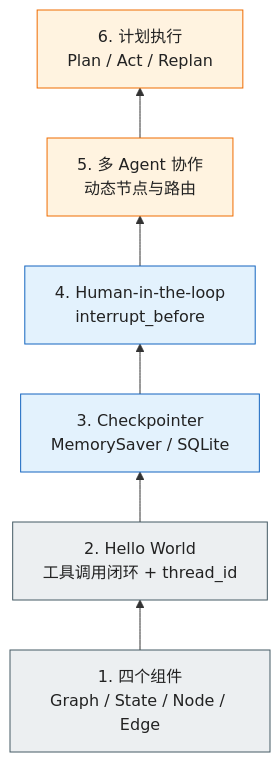
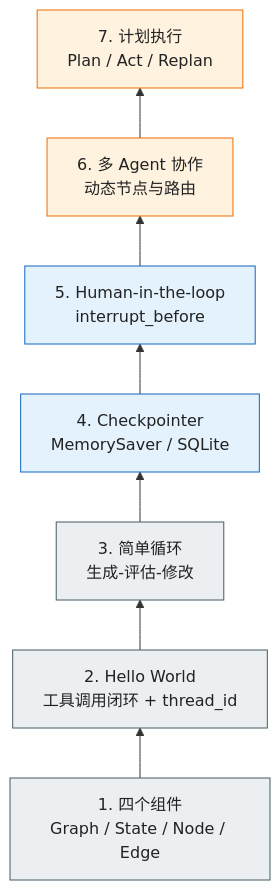
One commit to KwanWaiPang/KwanWaiPang.github.io changed the seventh of 7 diagrams in _posts/2026-07-15-langgraph.md. Above: the diagram before and after it, drawn with Mermaid. The commit also changed other lines of this file, not shown here.

```diff
--- a/_posts/2026-07-15-langgraph.md
+++ b/_posts/2026-07-15-langgraph.md
@@ -454,16 +663,17 @@
 <div class="mermaid" style="display: flex; justify-content: center; width: 100%; margin: 0 auto;">
 flowchart BT
     classDef baseCls fill:#ECEFF1,stroke:#455A64,color:#222
     classDef midCls fill:#E3F2FD,stroke:#1565C0,color:#222
     classDef advCls fill:#FFF3E0,stroke:#EF6C00,color:#222
 
     P1["1. 四个组件<br/>Graph / State / Node / Edge"] --> P2["2. Hello World<br/>工具调用闭环 + thread_id"]
-    P2 --> P3["3. Checkpointer<br/>MemorySaver / SQLite"]
-    P3 --> P4["4. Human-in-the-loop<br/>interrupt_before"]
-    P4 --> P5["5. 多 Agent 协作<br/>动态节点与路由"]
-    P5 --> P6["6. 计划执行<br/>Plan / Act / Replan"]
+    P2 --> P3["3. 简单循环<br/>生成-评估-修改"]
+    P3 --> P4["4. Checkpointer<br/>MemorySaver / SQLite"]
+    P4 --> P5["5. Human-in-the-loop<br/>interrupt_before"]
+    P5 --> P6["6. 多 Agent 协作<br/>动态节点与路由"]
+    P6 --> P7["7. 计划执行<br/>Plan / Act / Replan"]
 
-    class P1,P2 baseCls
-    class P3,P4 midCls
-    class P5,P6 advCls
+    class P1,P2,P3 baseCls
+    class P4,P5 midCls
+    class P6,P7 advCls
 </div>
```
